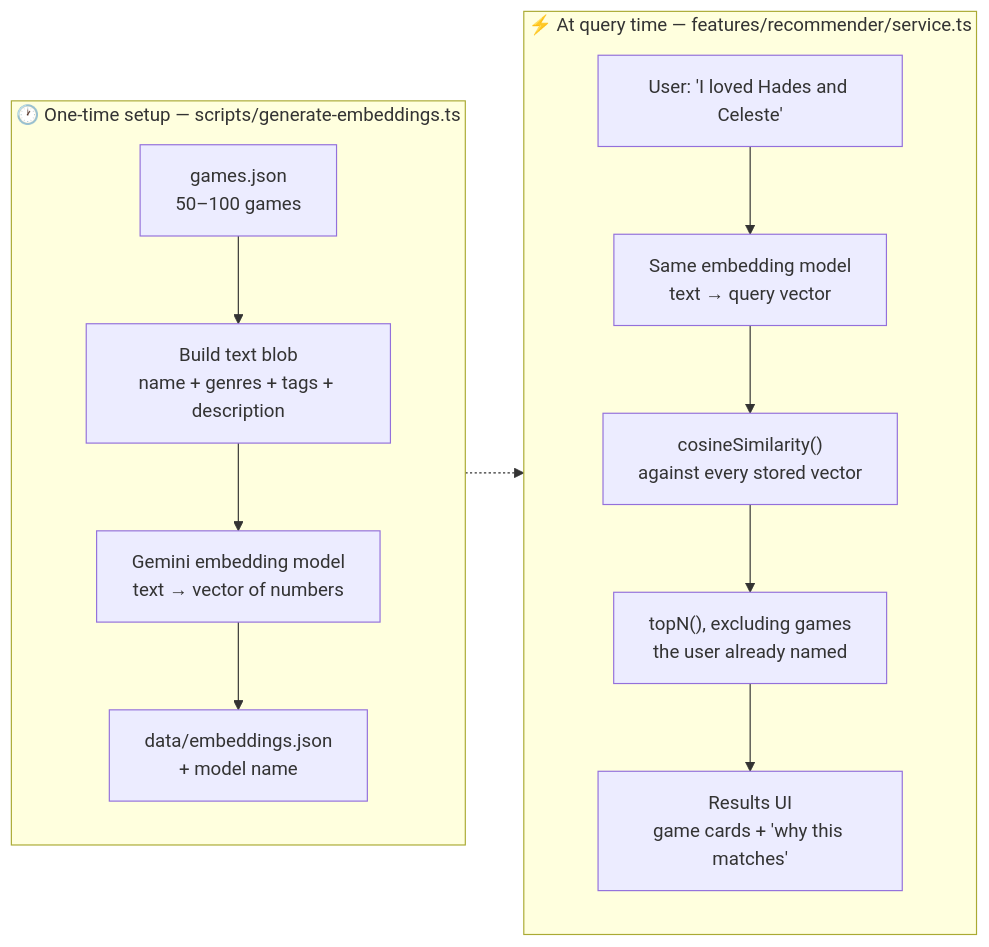
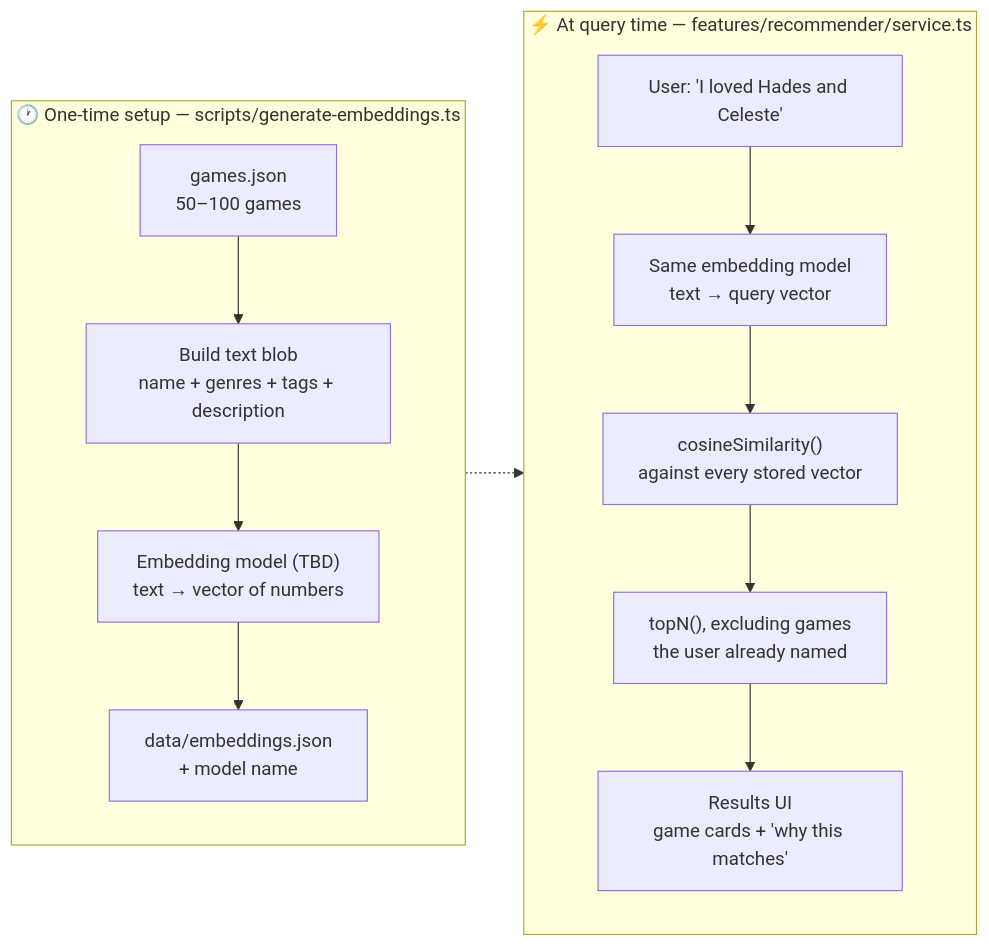
The seventh of 10 diagrams in docs/WORKFLOW.md (21sumeet/GameRizz), drawn with Mermaid before and after one commit. The commit also changed other lines of this file and 5 other files, not shown here.

````diff
--- a/docs/WORKFLOW.md
+++ b/docs/WORKFLOW.md
@@ -251,18 +251,18 @@
 ```mermaid
 flowchart LR
     subgraph Offline["🕐 One-time setup — scripts/generate-embeddings.ts"]
         direction TB
         G1["games.json<br/>50–100 games"] --> Blob["Build text blob<br/>name + genres + tags + description"]
-        Blob --> Emb["Gemini embedding model<br/>text → vector of numbers"]
+        Blob --> Emb["Embedding model (TBD)<br/>text → vector of numbers"]
         Emb --> Store["data/embeddings.json<br/>+ model name"]
     end
 
     subgraph Online["⚡ At query time — features/recommender/service.ts"]
         direction TB
         Q["User: 'I loved Hades and Celeste'"] --> QB["Same embedding model<br/>text → query vector"]
         QB --> Cos["cosineSimilarity()<br/>against every stored vector"]
         Store -.-> Cos
         Cos --> Top["topN(), excluding games<br/>the user already named"]
         Top --> Cards["Results UI<br/>game cards + 'why this matches'"]
     end
 ```
````
